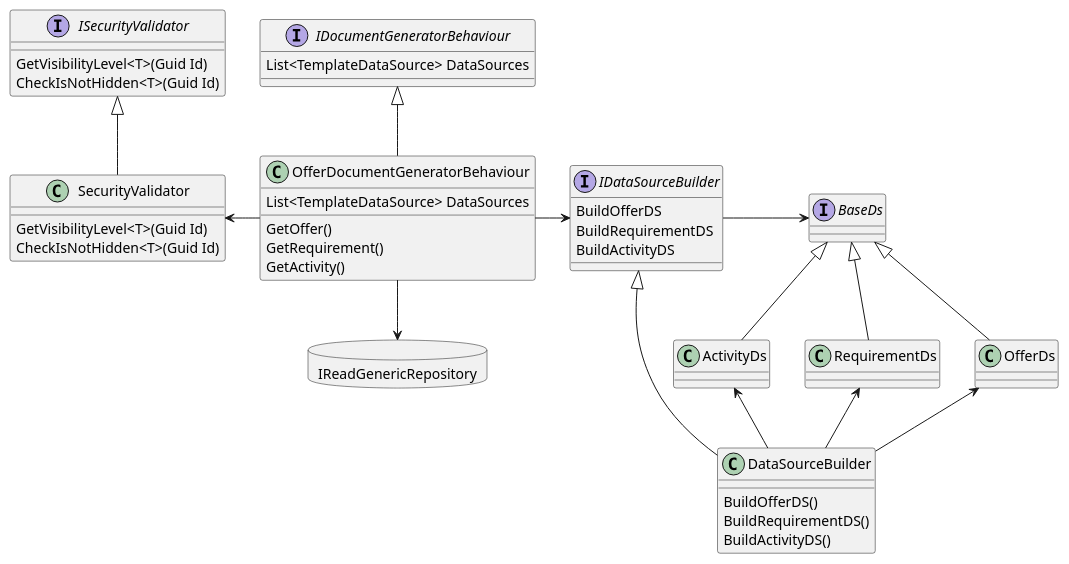
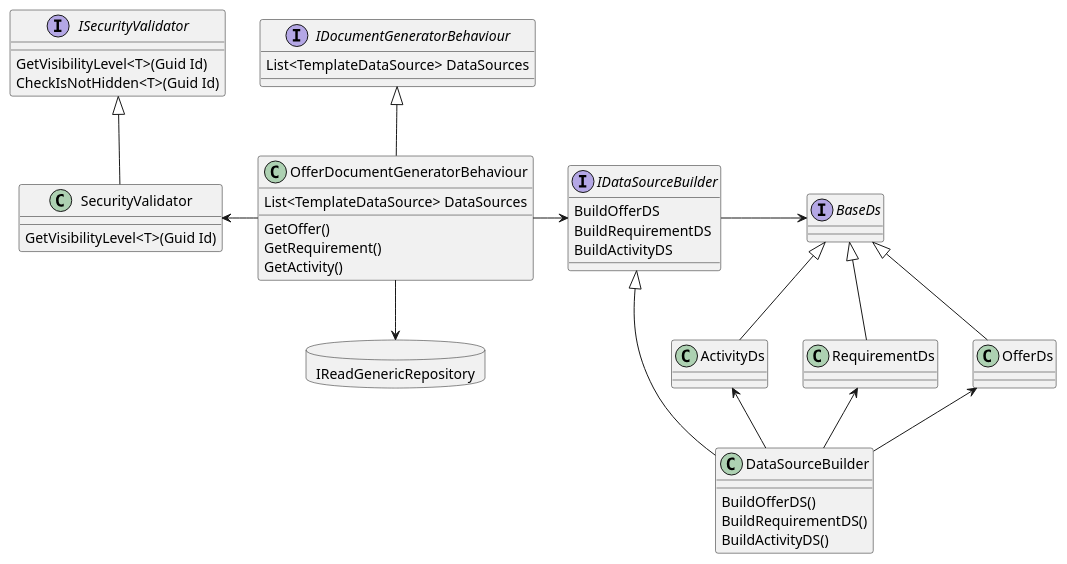
The diagram in assets/TemplateMasking.puml (Kf-GaryNewport/Kf-GaryNewport.github.io), drawn with PlantUML before and after one commit. The commit also changed 1 other file, not shown here.

```diff
--- a/assets/TemplateMasking.puml
+++ b/assets/TemplateMasking.puml
@@ -1,54 +1,49 @@
 @startuml Template Masking
 
 allow_mixing
 
 Interface BaseDs
 BaseDs <|-- OfferDs
 BaseDs <|-- RequirementDs
 BaseDs <|-- ActivityDs
 
 Interface IDataSourceBuilder
 IDataSourceBuilder : BuildOfferDS
 IDataSourceBuilder : BuildRequirementDS
 IDataSourceBuilder : BuildActivityDS
 
 IDataSourceBuilder <|-- DataSourceBuilder
 IDataSourceBuilder -right-> BaseDs
 
 DataSourceBuilder : BuildOfferDS()
 DataSourceBuilder : BuildRequirementDS()
 DataSourceBuilder : BuildActivityDS()
 
 DataSourceBuilder -up-> OfferDs
 DataSourceBuilder -up-> RequirementDs
 DataSourceBuilder -up-> ActivityDs
 
 OfferDocumentGeneratorBehaviour : List<TemplateDataSource> DataSources
 OfferDocumentGeneratorBehaviour : GetOffer()
 OfferDocumentGeneratorBehaviour : GetRequirement()
 OfferDocumentGeneratorBehaviour : GetActivity()
 
 Interface IDocumentGeneratorBehaviour
 IDocumentGeneratorBehaviour : List<TemplateDataSource> DataSources
 
 IDocumentGeneratorBehaviour <|-- OfferDocumentGeneratorBehaviour
 OfferDocumentGeneratorBehaviour -right-> IDataSourceBuilder
 
 Interface ISecurityValidator
 ISecurityValidator : GetVisibilityLevel<T>(Guid Id)
 ISecurityValidator : CheckIsNotHidden<T>(Guid Id)
 
 ISecurityValidator <|-- SecurityValidator
 SecurityValidator : GetVisibilityLevel<T>(Guid Id)
-SecurityValidator : CheckIsNotHidden<T>(Guid Id)
 
 OfferDocumentGeneratorBehaviour -left-> SecurityValidator
 
 Database IReadGenericRepository
 OfferDocumentGeneratorBehaviour --> IReadGenericRepository
 
-'Interface IEntityValidator
-'IEntityValidator <|-- EntityValidator
-'OfferDocumentGeneratorBehaviour -left-> EntityValidator
-
 @enduml
```
